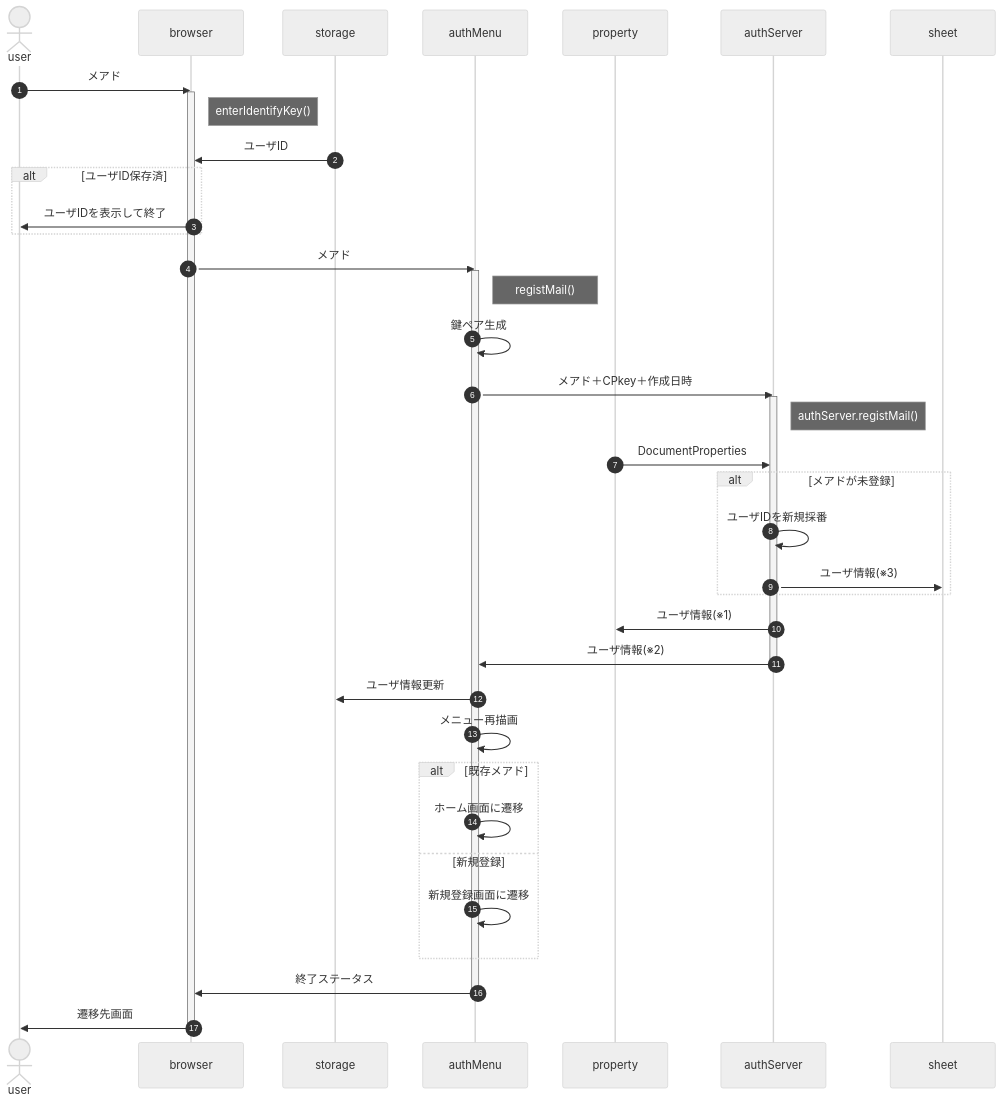
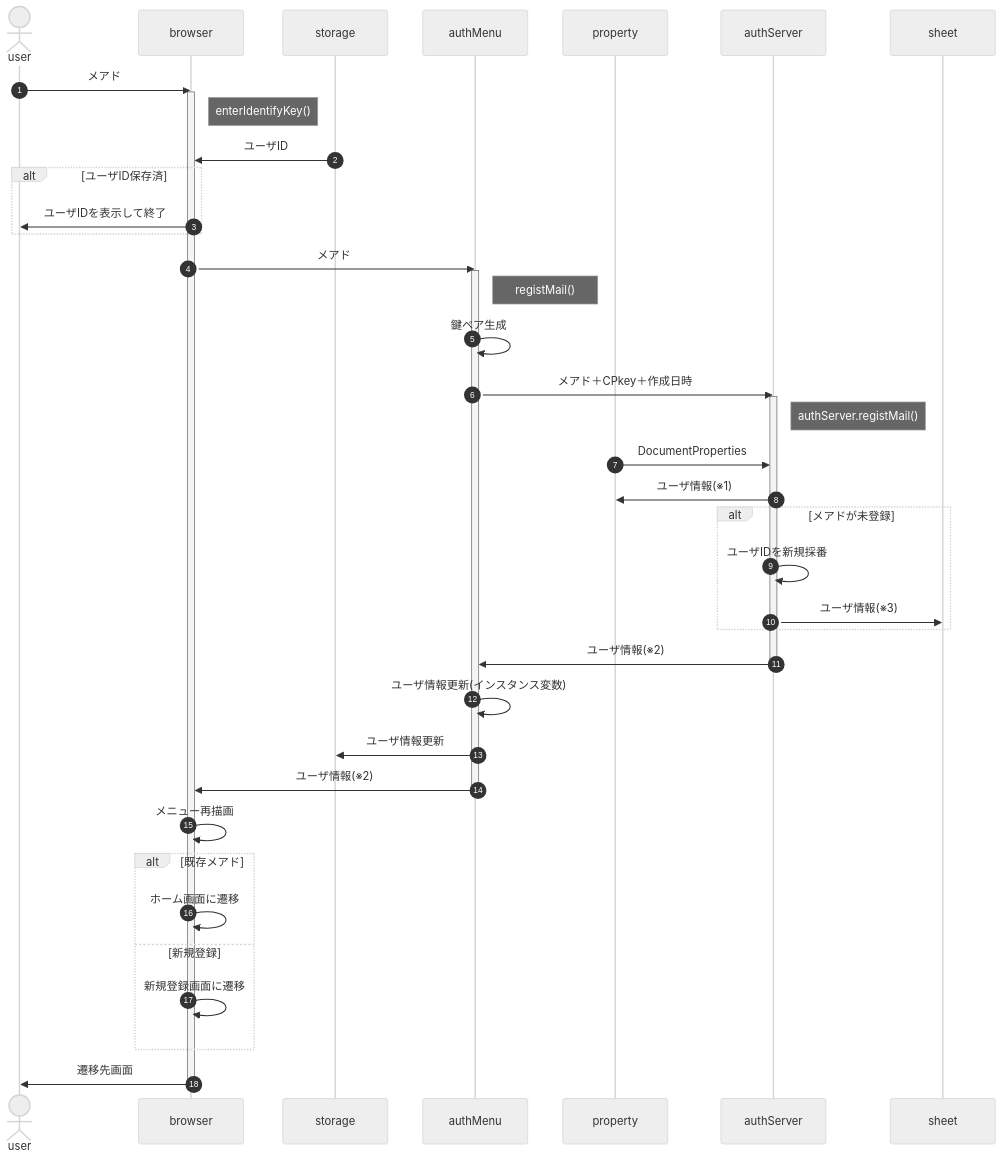
Before and after one commit to nakaone/library: the diagram in authMenu/1.0.0/doc/entry.md, drawn with Mermaid (neutral theme). The commit also changed other lines of this file and 3 other files, not shown here.

````diff
--- a/authMenu/1.0.0/doc/entry.md
+++ b/authMenu/1.0.0/doc/entry.md
@@ -5,46 +5,47 @@
 ```mermaid
 sequenceDiagram
   autonumber
   actor user
   participant browser
   participant storage
   participant client as authMenu
   participant property
   participant server as authServer
   participant sheet
 
   user ->> browser : メアド
   activate browser
   Note right of browser : enterIdentifyKey()
   storage ->> browser : ユーザID
   alt ユーザID保存済
     browser ->> user : ユーザIDを表示して終了
   end
   browser ->> client : メアド
   activate client
   Note right of client : registMail()
   client ->> client : 鍵ペア生成
   client ->> server : メアド＋CPkey＋作成日時
   activate server
   Note right of server : authServer.registMail()
   property ->> server : DocumentProperties
+  server ->> property : ユーザ情報(※1)
   alt メアドが未登録
     server ->> server : ユーザIDを新規採番
     server ->> sheet : ユーザ情報(※3)
   end
-  server ->> property : ユーザ情報(※1)
   server ->> client : ユーザ情報(※2)
   deactivate server
 
+  client ->> client : ユーザ情報更新(インスタンス変数)
   client ->> storage : ユーザ情報更新
-  client ->> client : メニュー再描画
+  client ->> browser : ユーザ情報(※2)
+  deactivate client
+  browser ->> browser : メニュー再描画
   alt 既存メアド
-    client ->> client : ホーム画面に遷移
+    browser ->> browser : ホーム画面に遷移
   else 新規登録
-    client ->> client : 新規登録画面に遷移
+    browser ->> browser : 新規登録画面に遷移
   end
-  client ->> browser : 終了ステータス
-  deactivate client
   browser ->> user : 遷移先画面
   deactivate browser
 ```
````
